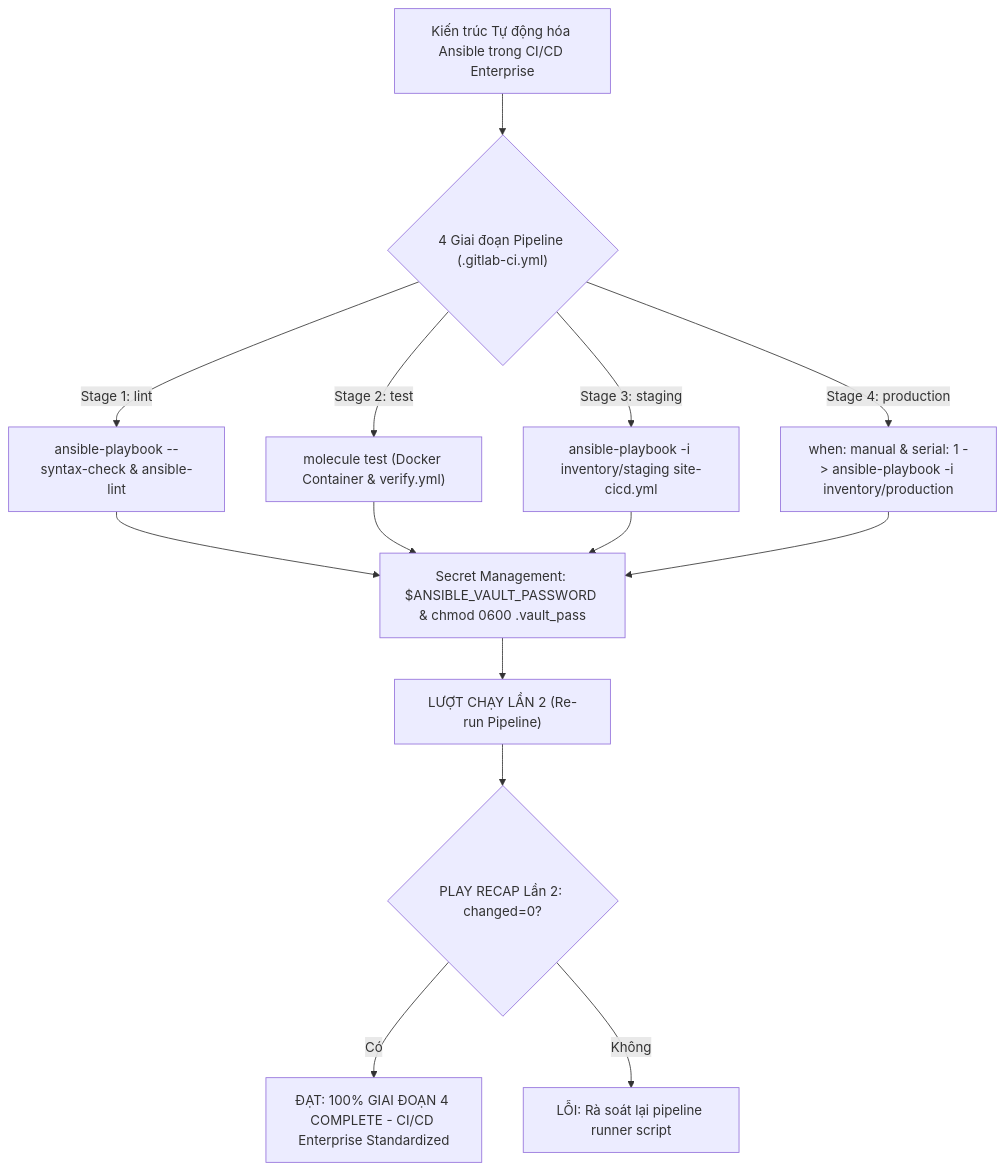
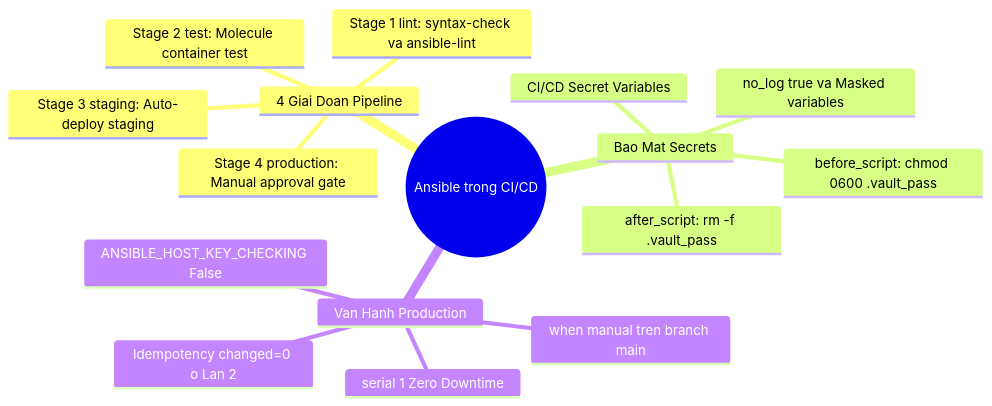
One commit to kiennt308/ntk changed the third of 3 diagrams in _posts/2026-09-13-ansible-26-26-ansible-trong-cicd.md. Above: the diagram before and after it, drawn with Mermaid. The commit also changed other lines of this file and 30 other files, not shown here.

````diff
--- a/_posts/2026-09-13-ansible-26-26-ansible-trong-cicd.md
+++ b/_posts/2026-09-13-ansible-26-26-ansible-trong-cicd.md
@@ -314,20 +668,19 @@
 ```mermaid
-flowchart TD
-    A["Kiến trúc Tự động hóa Ansible trong CI/CD Enterprise"] --> B{"4 Giai đoạn Pipeline (.gitlab-ci.yml)"}
-    
-    B -->|"Stage 1: lint"| C["ansible-playbook --syntax-check & ansible-lint"]
-    B -->|"Stage 2: test"| D["molecule test (Docker Container & verify.yml)"]
-    B -->|"Stage 3: staging"| E["ansible-playbook -i inventory/staging site-cicd.yml"]
-    B -->|"Stage 4: production"| F["when: manual & serial: 1 -> ansible-playbook -i inventory/production"]
-    
-    C --> G["Secret Management: $ANSIBLE_VAULT_PASSWORD & chmod 0600 .vault_pass"]
-    D --> G
-    E --> G
-    F --> G
-    
-    G --> H["LƯỢT CHẠY LẦN 2 (Re-run Pipeline)"]
-    H --> I{"PLAY RECAP Lần 2: changed=0?"}
-    
-    I -- Có --> J["ĐẠT: 100% GIAI ĐOẠN 4 COMPLETE - CI/CD Enterprise Standardized"]
-    I -- Không --> K["LỖI: Rà soát lại pipeline runner script"]
+mindmap
+  root((Ansible trong CI/CD))
+    4 Giai Doan Pipeline
+      Stage 1 lint: syntax-check va ansible-lint
+      Stage 2 test: Molecule container test
+      Stage 3 staging: Auto-deploy staging
+      Stage 4 production: Manual approval gate
+    Bao Mat Secrets
+      CI/CD Secret Variables
+      before_script: chmod 0600 .vault_pass
+      after_script: rm -f .vault_pass
+      no_log true va Masked variables
+    Van Hanh Production
+      serial 1 Zero Downtime
+      when manual tren branch main
+      ANSIBLE_HOST_KEY_CHECKING False
+      Idempotency changed=0 o Lan 2
 ```
````
